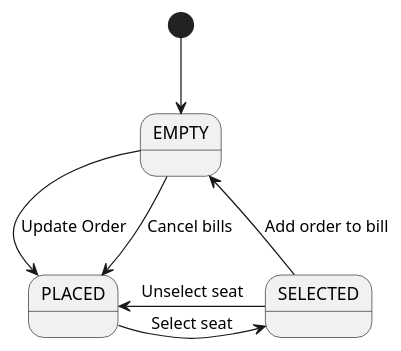
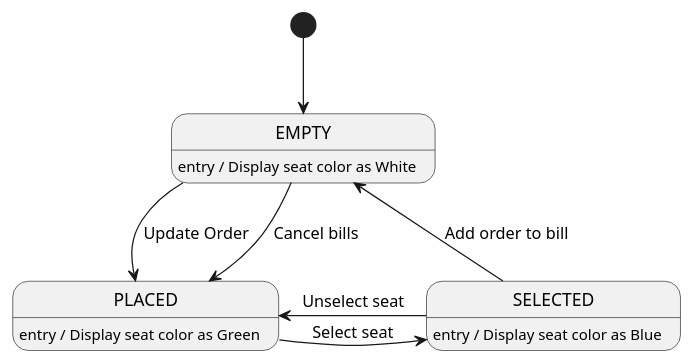
Before and after one commit to michaeljiang02/EEE320-Labs: the diagram in Lab 5/order_states.puml, drawn with PlantUML. The commit also changed 9 other files, not shown here.

```diff
--- a/Lab 5/order_states.puml
+++ b/Lab 5/order_states.puml
@@ -1,10 +1,14 @@
 @startuml
 
     [*] --> EMPTY
     EMPTY -> PLACED : Update Order
     PLACED -> SELECTED : Select seat
     SELECTED -> PLACED : Unselect seat
     SELECTED -> EMPTY : Add order to bill
     EMPTY --> PLACED : Cancel bills
 
+state EMPTY : entry / Display seat color as White
+state PLACED : entry / Display seat color as Green
+state SELECTED : entry / Display seat color as Blue
+
 @enduml
```
